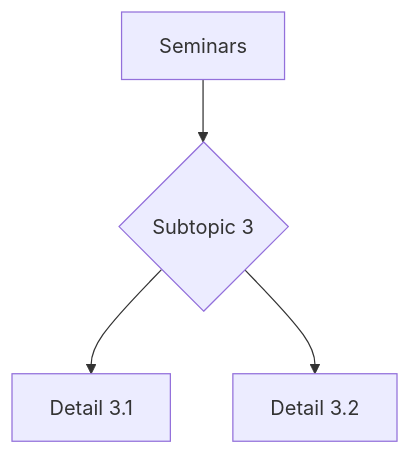
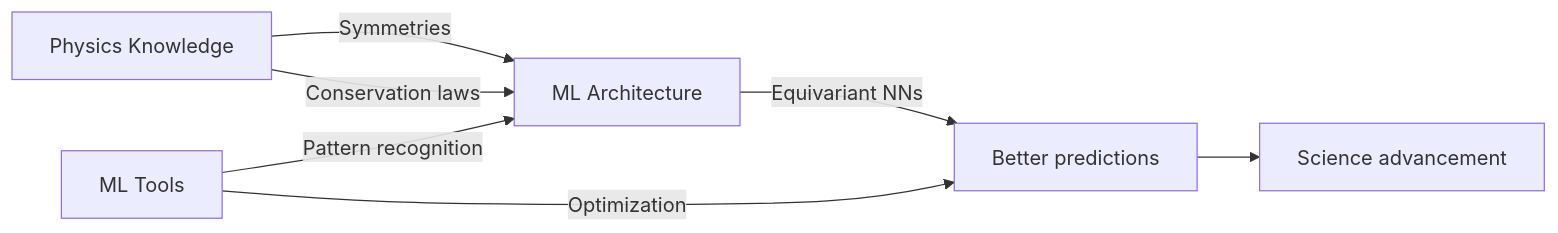
One commit to yip-lgtm/PhysicsSelfStudy changed the third of 5 diagrams in 02_MSc_DataDriven_Modeling/core_courses/MSDM_6771/README.md. Above: the diagram before and after it, drawn with Mermaid. The commit also changed other lines of this file and 17 other files, not shown here.

````diff
--- a/02_MSc_DataDriven_Modeling/core_courses/MSDM_6771/README.md
+++ b/02_MSc_DataDriven_Modeling/core_courses/MSDM_6771/README.md
@@ -275,6 +588,9 @@
 ```mermaid
-graph TD
-    A[Seminars] --> B{Subtopic 3}
-    B --> C[Detail 3.1]
-    B --> D[Detail 3.2]
+graph LR
+    A[Physics Knowledge] -->|Symmetries| C[ML Architecture]
+    A -->|Conservation laws| C
+    C -->|Equivariant NNs| D[Better predictions]
+    B[ML Tools] -->|Pattern recognition| C
+    B -->|Optimization| D
+    D --> E[Science advancement]
 ```
````
